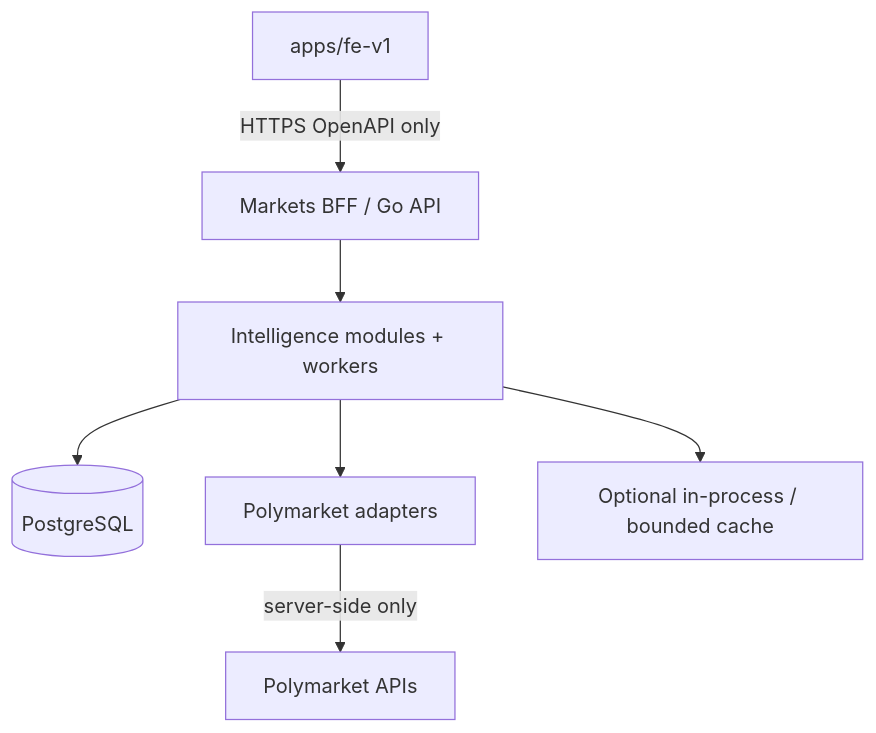
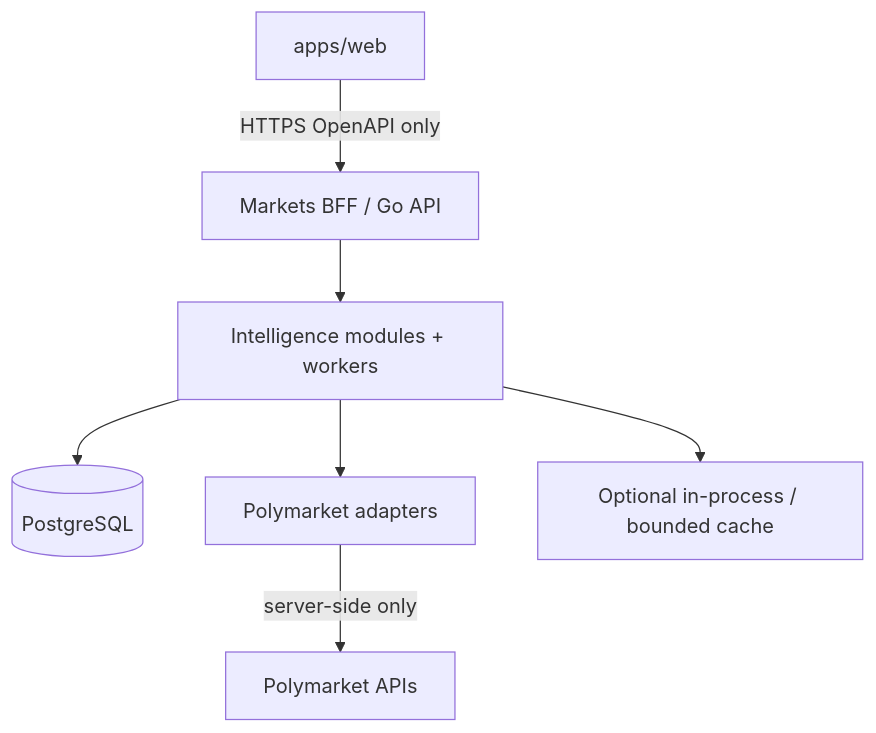
Before and after one commit to RetroPick/monorepo-base: the second of 7 diagrams in .dev/markets-v1/intelligence/INTELLIGENCE_C4_MODEL.md, drawn with Mermaid. The commit also changed other lines of this file and 395 other files, not shown here.

````diff
--- a/.dev/markets-v1/intelligence/INTELLIGENCE_C4_MODEL.md
+++ b/.dev/markets-v1/intelligence/INTELLIGENCE_C4_MODEL.md
@@ -90,16 +90,16 @@
 ```mermaid
 flowchart TB
-  FE[apps/fe-v1]
+  FE[apps/web]
   BFF[Markets BFF / Go API]
   INTEL[Intelligence modules + workers]
   PG[(PostgreSQL)]
   ADAPT[Polymarket adapters]
   CACHE[Optional in-process / bounded cache]
 
   FE -->|HTTPS OpenAPI only| BFF
   BFF --> INTEL
   INTEL --> PG
   INTEL --> ADAPT
   INTEL --> CACHE
   ADAPT -->|server-side only| PM[Polymarket APIs]
 ```
````
